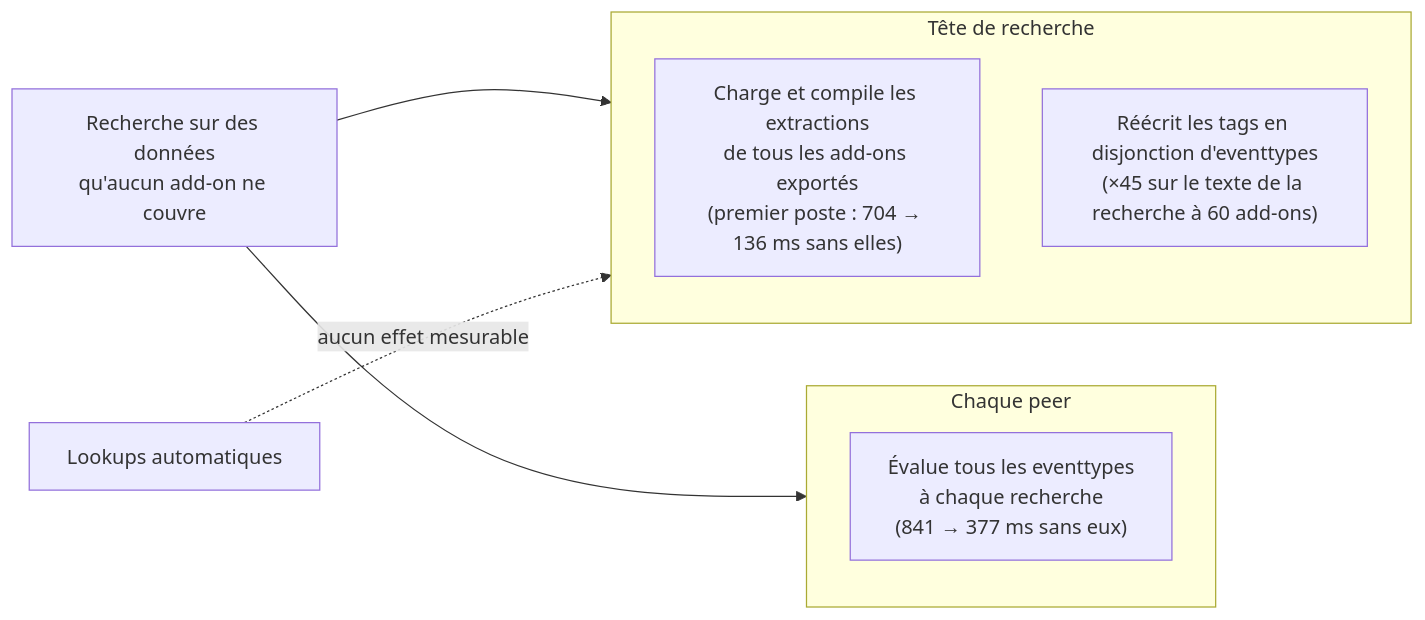
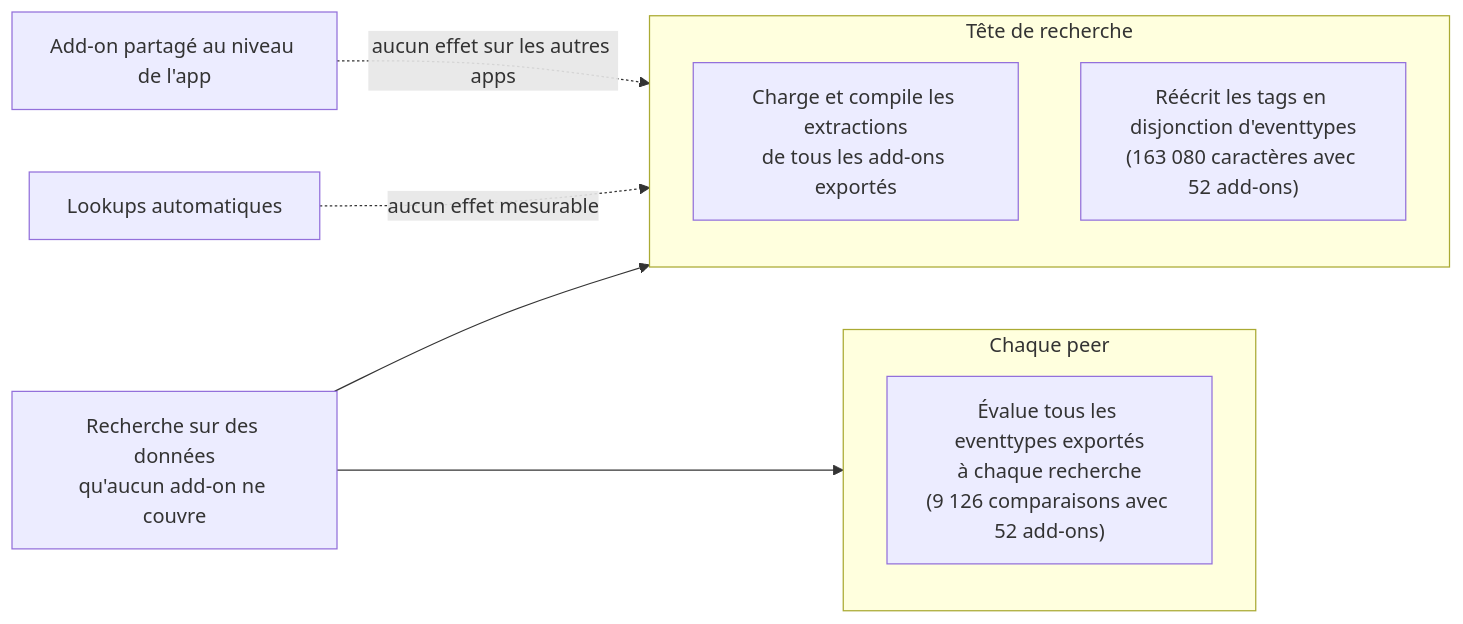
Before and after one commit to rafiki31130/knowledge_base_pro: the second of 2 diagrams in concepts/splunk-cout-presence-addons-parsing.md, drawn with Mermaid. The commit also changed other lines of this file, not shown here.

````diff
--- a/concepts/splunk-cout-presence-addons-parsing.md
+++ b/concepts/splunk-cout-presence-addons-parsing.md
@@ -58,13 +97,14 @@
 ```mermaid
 flowchart LR
     R["Recherche sur des données<br/>qu'aucun add-on ne couvre"] --> T
     R --> P
     subgraph T["Tête de recherche"]
-        T1["Charge et compile les extractions<br/>de tous les add-ons exportés<br/>(premier poste : 704 → 136 ms sans elles)"]
-        T2["Réécrit les tags en disjonction d'eventtypes<br/>(×45 sur le texte de la recherche à 60 add-ons)"]
+        T1["Charge et compile les extractions<br/>de tous les add-ons exportés"]
+        T2["Réécrit les tags en disjonction d'eventtypes<br/>(163 080 caractères avec 52 add-ons)"]
     end
     subgraph P["Chaque peer"]
-        P1["Évalue tous les eventtypes<br/>à chaque recherche<br/>(841 → 377 ms sans eux)"]
+        P1["Évalue tous les eventtypes exportés<br/>à chaque recherche<br/>(9 126 comparaisons avec 52 add-ons)"]
     end
     L["Lookups automatiques"] -. "aucun effet mesurable" .-> T
+    Z["Add-on partagé au niveau de l'app"] -. "aucun effet sur les autres apps" .-> T
 ```
````
